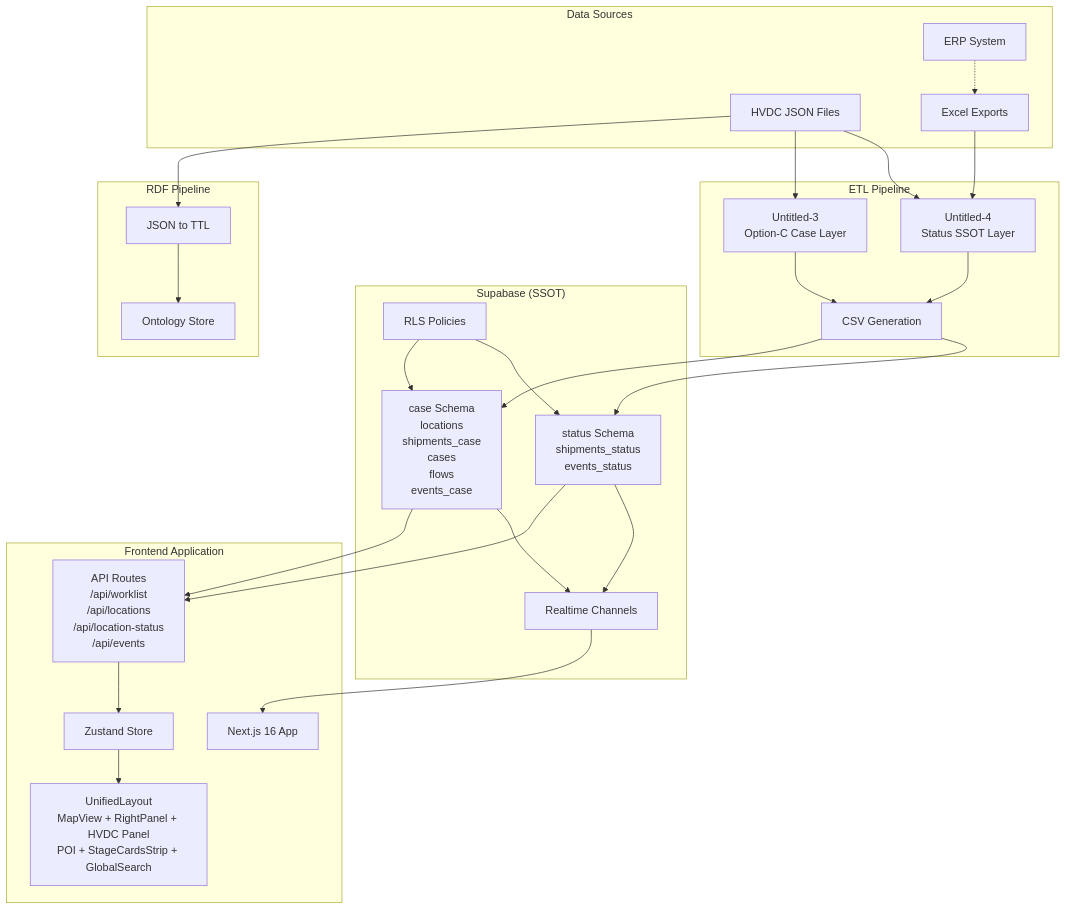
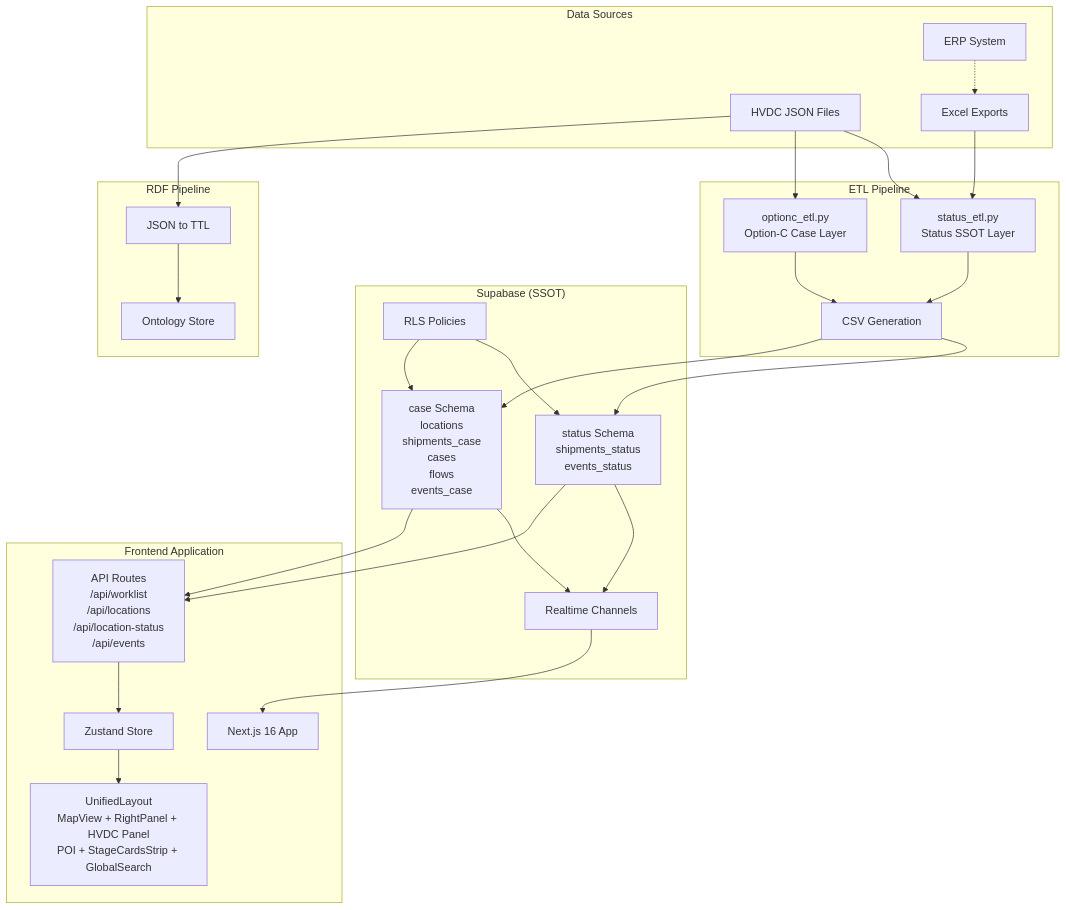
The first of 15 diagrams in docs/architecture/architecture.md (macho715/LOGI-MASTER-DASH), drawn with Mermaid before and after one commit. The commit also changed other lines of this file and 74 other files, not shown here.

````diff
--- a/docs/architecture/architecture.md
+++ b/docs/architecture/architecture.md
@@ -29,57 +29,57 @@
 ```mermaid
 graph TB
     subgraph "Data Sources"
         JSON[HVDC JSON Files]
         Excel[Excel Exports]
         ERP[ERP System]
     end
 
     subgraph "ETL Pipeline"
-        ETL4[Untitled-4<br/>Status SSOT Layer]
-        ETL3[Untitled-3<br/>Option-C Case Layer]
+        ETL4[status_etl.py<br/>Status SSOT Layer]
+        ETL3[optionc_etl.py<br/>Option-C Case Layer]
         CSV[CSV Generation]
     end
 
     subgraph "Supabase (SSOT)"
         StatusSchema[status Schema<br/>shipments_status<br/>events_status]
         CaseSchema[case Schema<br/>locations<br/>shipments_case<br/>cases<br/>flows<br/>events_case]
         RLS[RLS Policies]
         Realtime[Realtime Channels]
     end
 
     subgraph "RDF Pipeline"
         TTL[JSON to TTL]
         Ontology[Ontology Store]
     end
 
     subgraph "Frontend Application"
         NextJS[Next.js 16 App]
         API[API Routes<br/>/api/worklist<br/>/api/locations<br/>/api/location-status<br/>/api/events]
         Store[Zustand Store]
         UI[UnifiedLayout<br/>MapView + RightPanel + HVDC Panel<br/>POI + StageCardsStrip + GlobalSearch]
     end
 
     JSON --> ETL4
     JSON --> ETL3
     Excel --> ETL4
     ERP -.-> Excel
 
     ETL4 --> CSV
     ETL3 --> CSV
     CSV --> StatusSchema
     CSV --> CaseSchema
 
     JSON --> TTL
     TTL --> Ontology
 
     StatusSchema --> Realtime
     CaseSchema --> Realtime
     RLS --> StatusSchema
     RLS --> CaseSchema
 
     Realtime --> NextJS
     StatusSchema --> API
     CaseSchema --> API
     API --> Store
     Store --> UI
 ```
````
